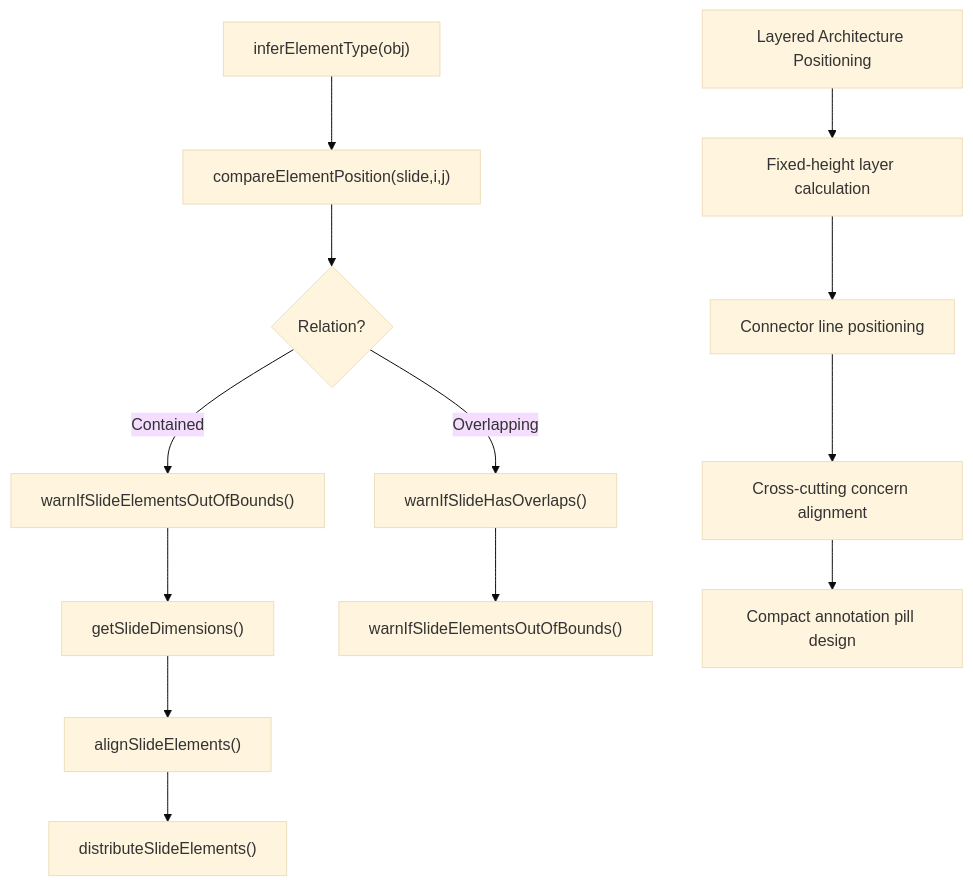
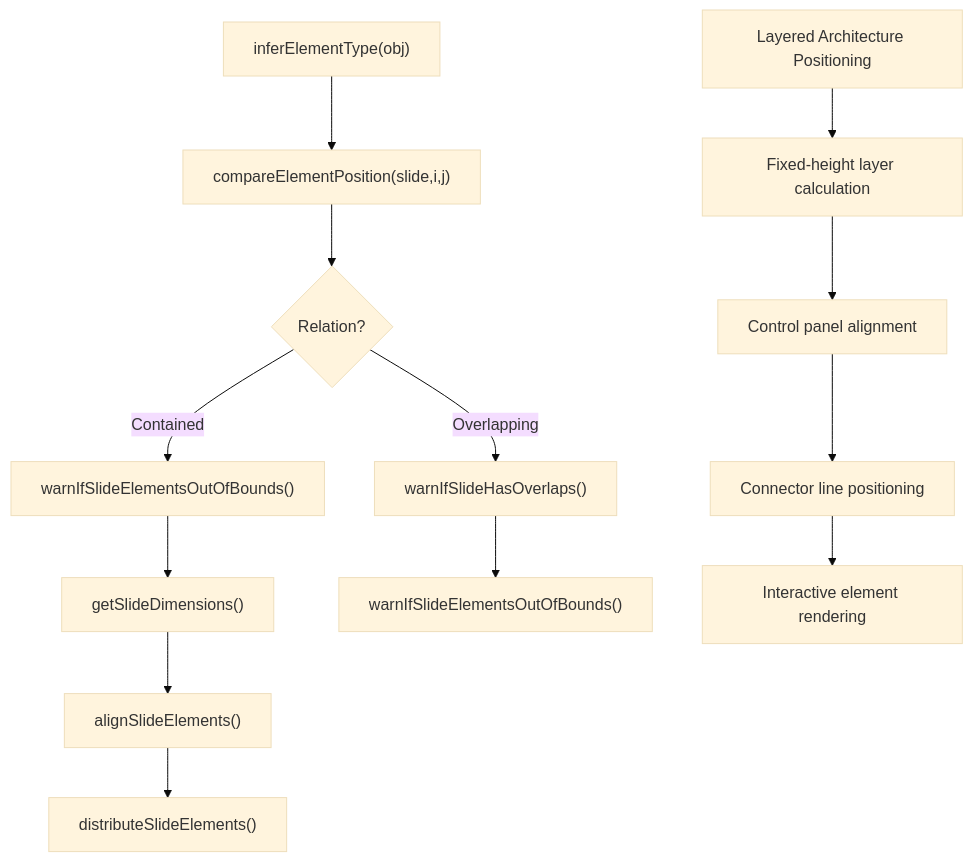
Before and after one commit to brantzh6/deepPPT: the fifth of 6 diagrams in .qoder/repowiki/en/content/Rendering Pipeline/Rendering Pipeline.md, drawn with Mermaid (base theme). The commit also changed other lines of this file and 5 other files, not shown here.

````diff
--- a/.qoder/repowiki/en/content/Rendering Pipeline/Rendering Pipeline.md
+++ b/.qoder/repowiki/en/content/Rendering Pipeline/Rendering Pipeline.md
@@ -336,15 +341,15 @@
 ```mermaid
 flowchart TD
 A["inferElementType(obj)"] --> B["compareElementPosition(slide,i,j)"]
 B --> C{"Relation?"}
 C --> |Overlapping| O["warnIfSlideHasOverlaps()"]
 C --> |Contained| M["warnIfSlideElementsOutOfBounds()"]
 M --> D["getSlideDimensions()"]
 O --> E["warnIfSlideElementsOutOfBounds()"]
 D --> F["alignSlideElements()"]
 F --> G["distributeSlideElements()"]
 H["Layered Architecture Positioning"] --> I["Fixed-height layer calculation"]
-I --> J["Connector line positioning"]
-J --> K["Cross-cutting concern alignment"]
-K --> L["Compact annotation pill design"]
+I --> J["Control panel alignment"]
+J --> K["Connector line positioning"]
+K --> L["Interactive element rendering"]
 ```
````
